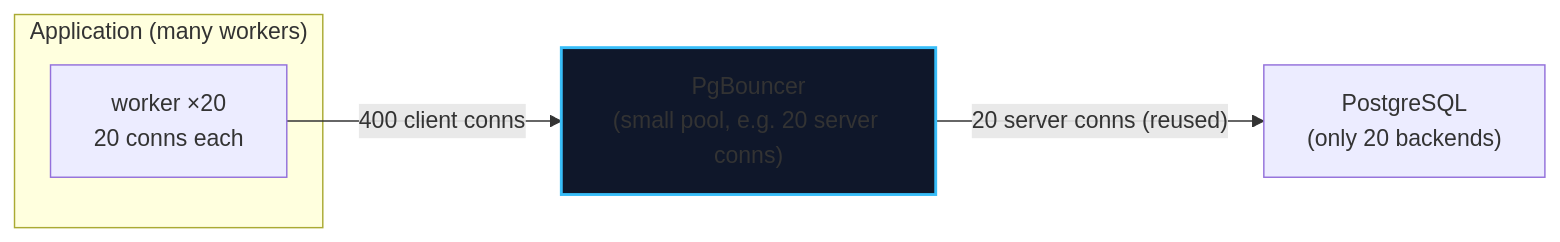
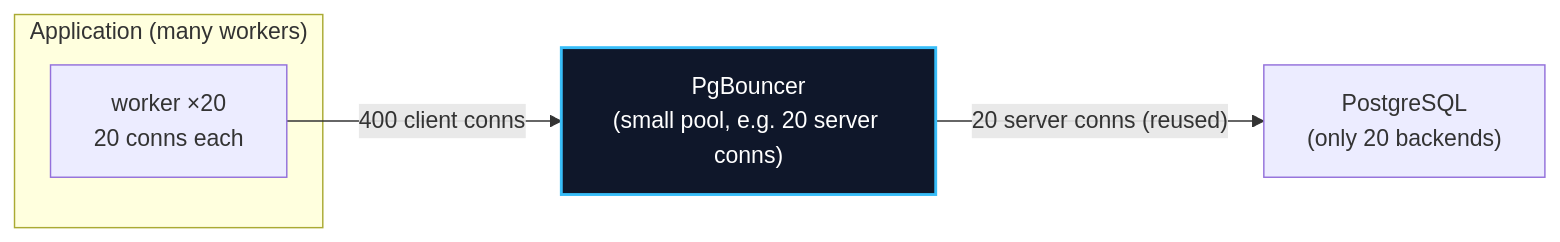
The second of 2 diagrams in content/docs/databases-sql/05-production-cookbook/02-caching-connections-and-performance.mdx (1345AbhishekKumar/cs-cookbook), drawn with Mermaid before and after one commit. The commit also changed 80 other files, not shown here.

````diff
--- a/content/docs/databases-sql/05-production-cookbook/02-caching-connections-and-performance.mdx
+++ b/content/docs/databases-sql/05-production-cookbook/02-caching-connections-and-performance.mdx
@@ -183,13 +183,13 @@
 ```mermaid
 flowchart LR
     subgraph App["Application (many workers)"]
         W1["worker ×20<br/>20 conns each"]
     end
     PB["PgBouncer<br/>(small pool, e.g. 20 server conns)"]
     DB["PostgreSQL<br/>(only 20 backends)"]
 
     W1 -->|400 client conns| PB
     PB -->|"20 server conns (reused)"| DB
 
-    style PB fill:#0f172a,stroke:#38bdf8,stroke-width:2px
+    style PB fill:#0f172a,stroke:#38bdf8,stroke-width:2px,color:#ffffff
 ```
````
